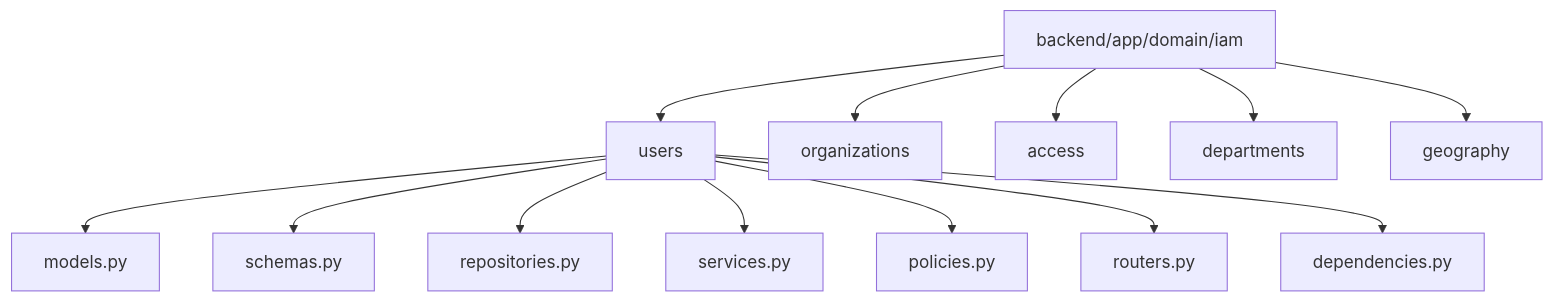
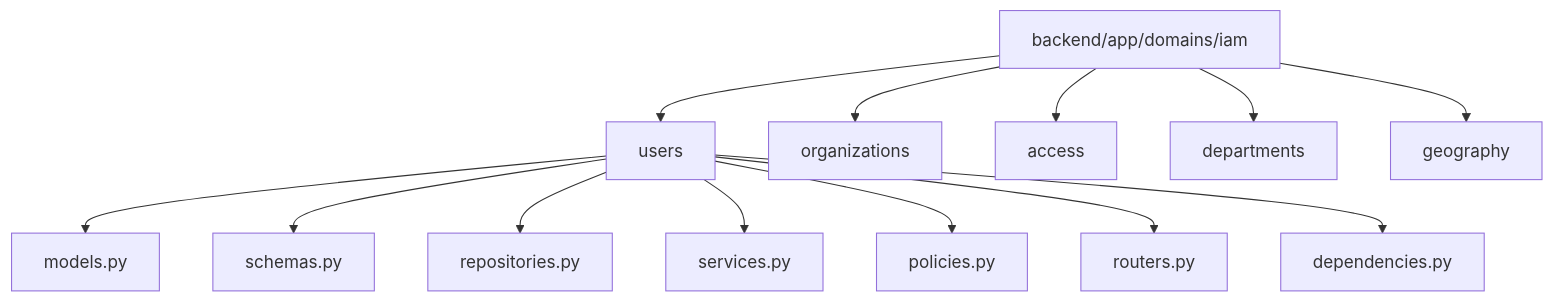
The second of 3 diagrams in docs/backend/hexagonal/module-structure.md (ProjectGuakamole/guakamole-platform), drawn with Mermaid before and after one commit. The commit also changed other lines of this file and 134 other files, not shown here.

Commit message:
BACK-REFACTOR-MODULAR-001 refactor(backend): rename domain package to domains (#41)

````diff
--- a/docs/backend/hexagonal/module-structure.md
+++ b/docs/backend/hexagonal/module-structure.md
@@ -311,23 +311,23 @@
 ```mermaid
 flowchart TD
-    IAM[backend/app/domain/iam]
+    IAM[backend/app/domains/iam]
     Users[users]
     Orgs[organizations]
     Access[access]
     Departments[departments]
     Geography[geography]
 
     IAM --> Users
     IAM --> Orgs
     IAM --> Access
     IAM --> Departments
     IAM --> Geography
 
     Users --> UModels[models.py]
     Users --> USchemas[schemas.py]
     Users --> URepos[repositories.py]
     Users --> UServices[services.py]
     Users --> UPolicies[policies.py]
     Users --> URouters[routers.py]
     Users --> UDeps[dependencies.py]
 ```
````
